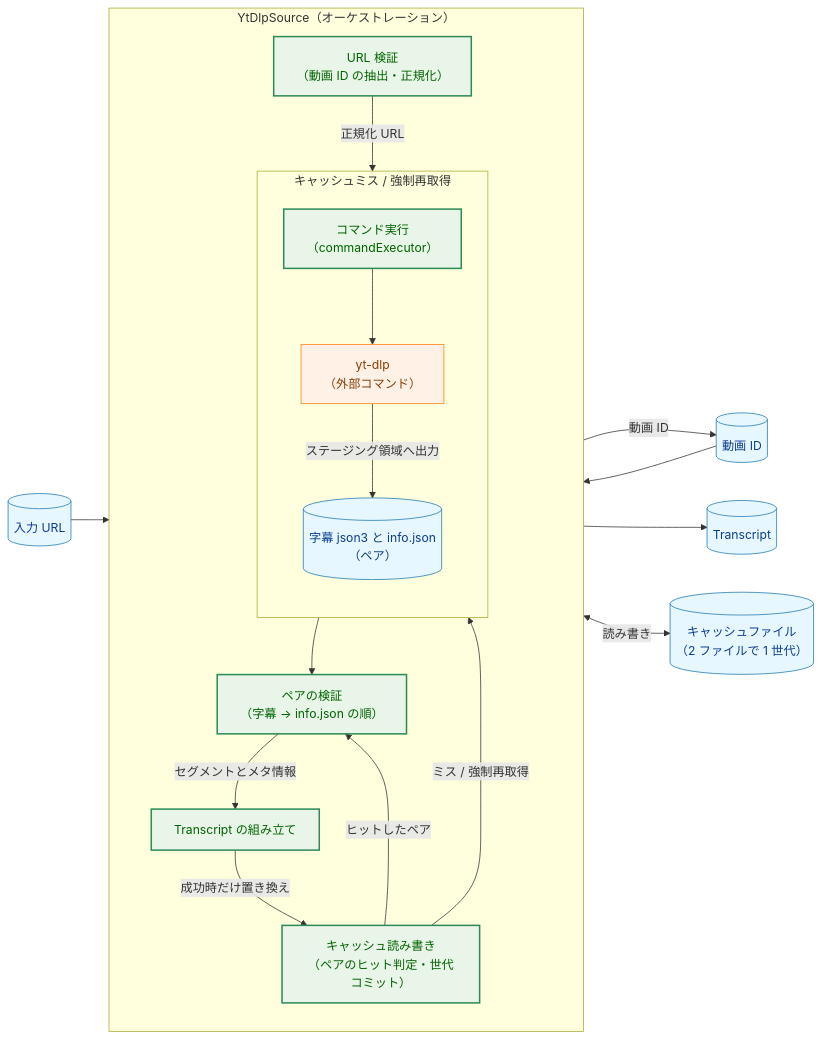
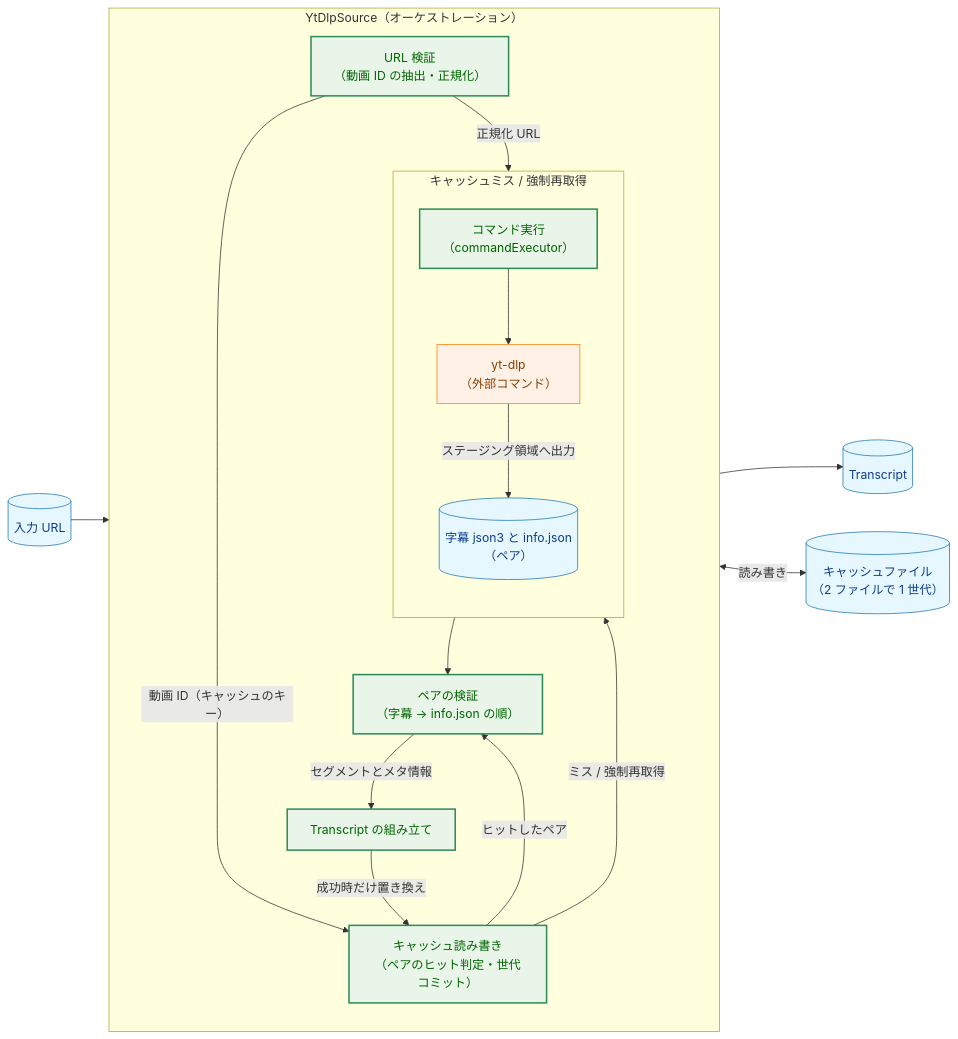
One commit to isseis/yt2column changed the first of 11 diagrams in docs/tasks/0002_ytdlp_transcript_source/02_architecture.md. Above: the diagram before and after it, drawn with Mermaid.

Commit message:
docs(0002): drop the video ID node from figure 1
The video ID is derived from the URL and only used as the cache key, so
it moves to the edge label rather than a data node. Data cylinders now
mark only the input URL, the file pair, the cache files, and the
returned Transcript.

````diff
--- a/docs/tasks/0002_ytdlp_transcript_source/02_architecture.md
+++ b/docs/tasks/0002_ytdlp_transcript_source/02_architecture.md
@@ -26,45 +26,43 @@
 ```mermaid
 flowchart LR
     classDef data fill:#e6f7ff,stroke:#1f77b4,stroke-width:1px,color:#0b3d91;
     classDef enhanced fill:#e8f5e8,stroke:#2e8b57,stroke-width:2px,color:#006400;
     classDef process fill:#fff1e6,stroke:#ff7f0e,stroke-width:1px,color:#8a3e00;
 
     URL[("入力 URL")]
 
     subgraph SRC["YtDlpSource（オーケストレーション）"]
         direction TB
         VID["URL 検証<br>（動画 ID の抽出・正規化）"]
         CACHE["キャッシュ読み書き<br>（ペアのヒット判定・世代コミット）"]
         PARSE["ペアの検証<br>（字幕 → info.json の順）"]
         ASM["Transcript の組み立て"]
 
         subgraph MISS["キャッシュミス / 強制再取得"]
             direction TB
             RUN["コマンド実行<br>（commandExecutor）"]
             YTDLP["yt-dlp<br>（外部コマンド）"]
             PAIR[("字幕 json3 と info.json<br>（ペア）")]
             RUN --> YTDLP
             YTDLP -->|"ステージング領域へ出力"| PAIR
         end
     end
 
-    ID[("動画 ID")]
     CF[("キャッシュファイル<br>（2 ファイルで 1 世代）")]
     TC[("Transcript")]
 
     URL --> VID
-    VID -->|"動画 ID"| ID
+    VID -->|"動画 ID（キャッシュのキー）"| CACHE
     VID -->|"正規化 URL"| RUN
-    ID --> CACHE
     CACHE -->|"ヒットしたペア"| PARSE
     CACHE -->|"ミス / 強制再取得"| RUN
     PAIR --> PARSE
     PARSE -->|"セグメントとメタ情報"| ASM
     ASM -->|"成功時だけ置き換え"| CACHE
     ASM --> TC
     CACHE <-->|"読み書き"| CF
 
-    class URL,ID,PAIR,CF,TC data
+    class URL,PAIR,CF,TC data
     class VID,CACHE,PARSE,ASM,RUN enhanced
     class YTDLP process
 ```
````
